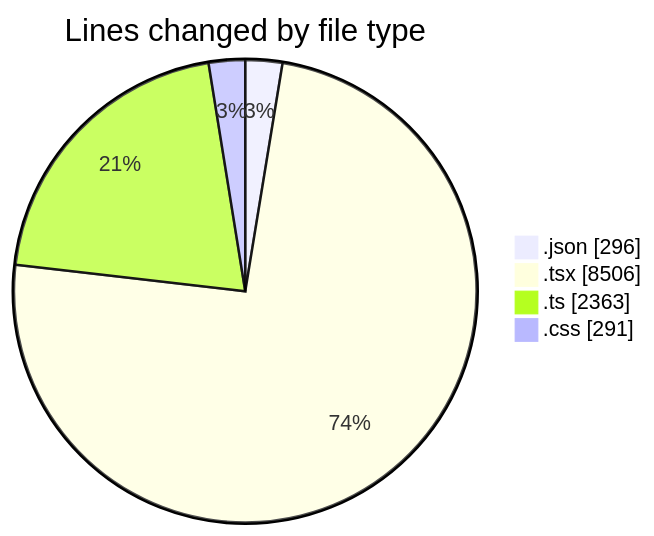
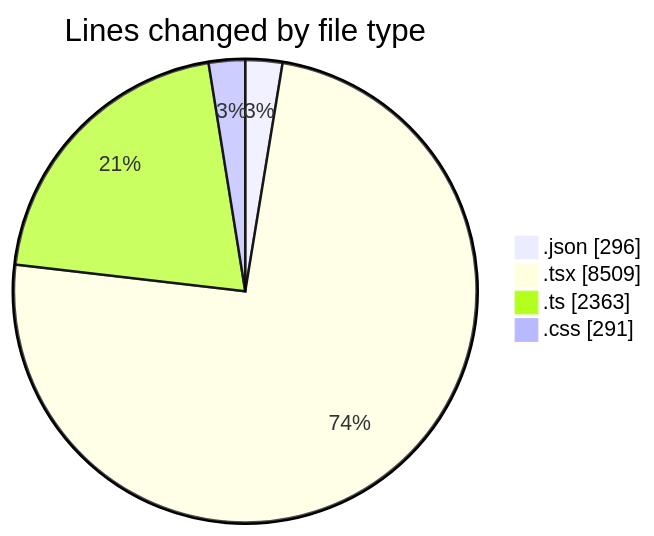
The first of 2 diagrams in 2025-10-07/eventscop-frontend-guide__workspace_/README.md (julien-gomy/code-tracking), drawn with Mermaid before and after one commit. The commit also changed other lines of this file and 1 other file, not shown here.

````diff
--- a/2025-10-07/eventscop-frontend-guide__workspace_/README.md
+++ b/2025-10-07/eventscop-frontend-guide__workspace_/README.md
@@ -82,8 +82,8 @@
 ```mermaid
 pie showData
 title Lines changed by file type
 ".json" : 296
-".tsx" : 8506
+".tsx" : 8509
 ".ts" : 2363
 ".css" : 291
 ```
````
